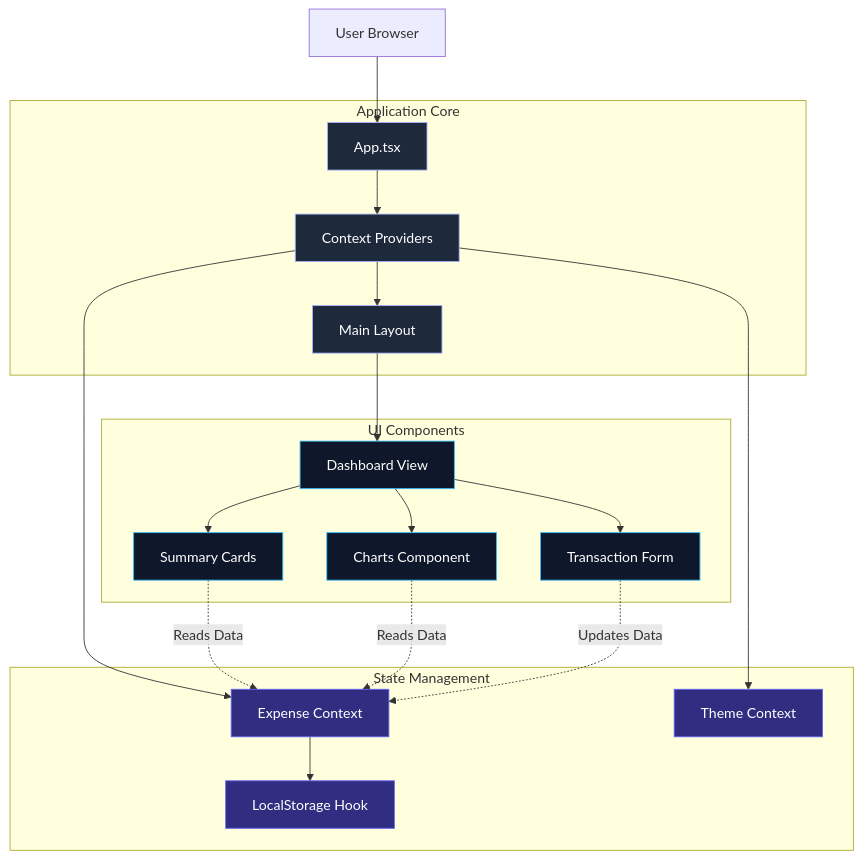
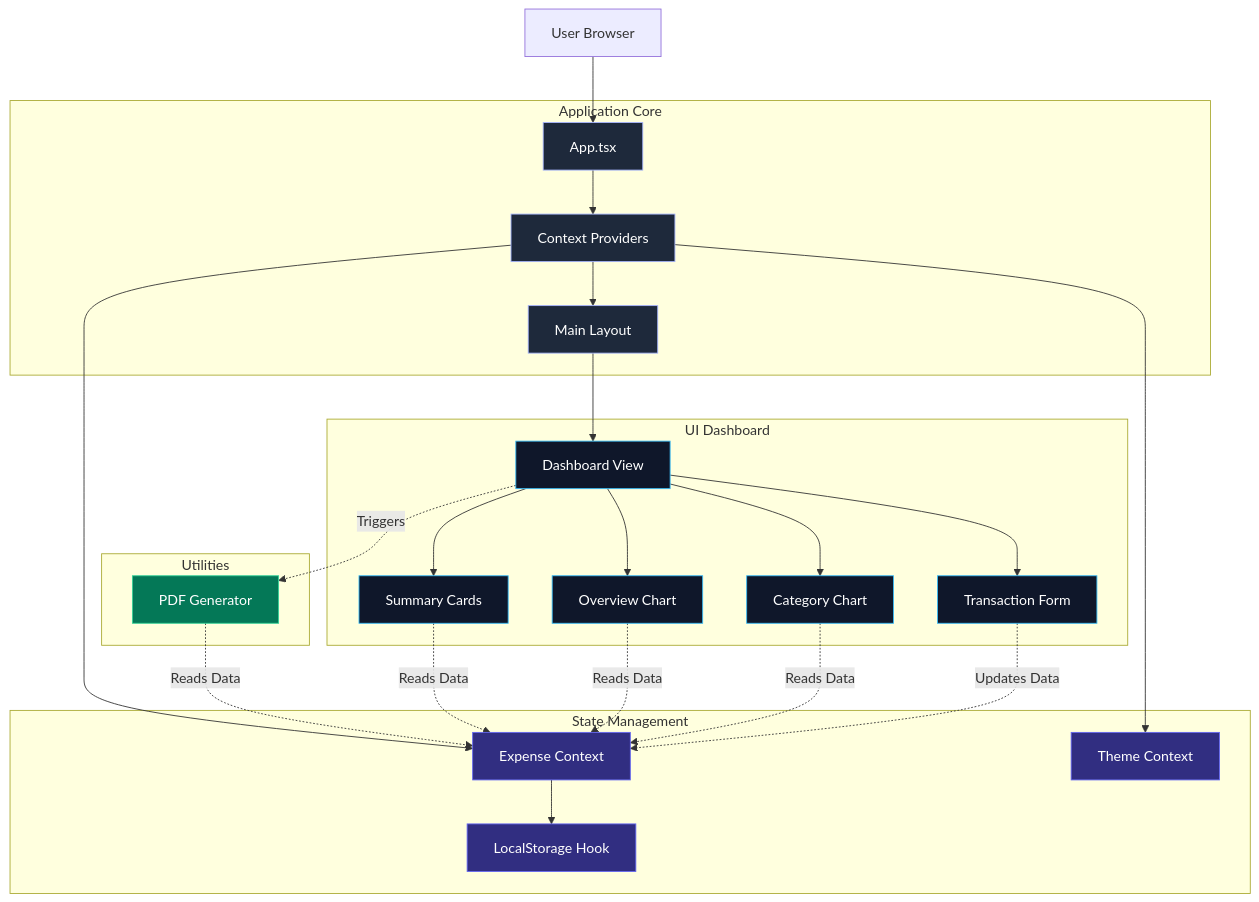
The diagram in README.md (PriyankaSDaida/Expenss_tracker), drawn with Mermaid before and after one commit. The commit also changed other lines of this file, not shown here.

Commit message:
docs: update architecture details and project structure in README

````diff
--- a/README.md
+++ b/README.md
@@ -70,48 +68,59 @@
 ```mermaid
 graph TD
     Client[User Browser]
     
     subgraph "Application Core"
         App[App.tsx]
         Providers[Context Providers]
         Router[Main Layout]
     end
     
     subgraph "State Management"
         ExpenseCtx[Expense Context]
         ThemeCtx[Theme Context]
         LocalStore[LocalStorage Hook]
     end
     
-    subgraph "UI Components"
+    subgraph "Utilities"
+        PDFGen[PDF Generator]
+    end
+    
+    subgraph "UI Dashboard"
         Dashboard[Dashboard View]
         TxForm[Transaction Form]
         summary[Summary Cards]
-        Charts[Charts Component]
+        Overview[Overview Chart]
+        Category[Category Chart]
     end
     
     Client --> App
     App --> Providers
     Providers --> ExpenseCtx
     Providers --> ThemeCtx
     ExpenseCtx --> LocalStore
     
     Providers --> Router
     Router --> Dashboard
     
     Dashboard --> summary
-    Dashboard --> Charts
+    Dashboard --> Overview
+    Dashboard --> Category
     Dashboard --> TxForm
+    Dashboard -.->|Triggers| PDFGen
     
+    PDFGen -.->|Reads Data| ExpenseCtx
     summary -.->|Reads Data| ExpenseCtx
-    Charts -.->|Reads Data| ExpenseCtx
+    Overview -.->|Reads Data| ExpenseCtx
+    Category -.->|Reads Data| ExpenseCtx
     TxForm -.->|Updates Data| ExpenseCtx
     
     classDef core fill:#1e293b,stroke:#a5b4fc,color:#fff;
     classDef state fill:#312e81,stroke:#6366f1,color:#fff;
     classDef ui fill:#0f172a,stroke:#38bdf8,color:#fff;
+    classDef util fill:#047857,stroke:#34d399,color:#fff;
     
     class App,Providers,Router core;
     class ExpenseCtx,ThemeCtx,LocalStore state;
-    class Dashboard,TxForm,summary,Charts ui;
+    class Dashboard,TxForm,summary,Overview,Category ui;
+    class PDFGen util;
 ```
````
